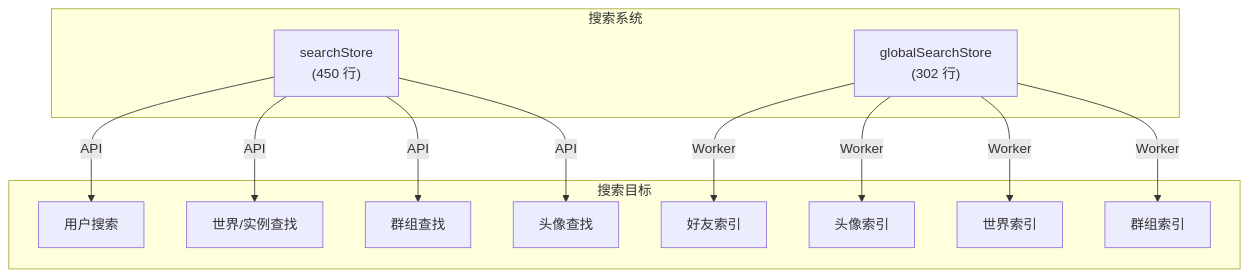
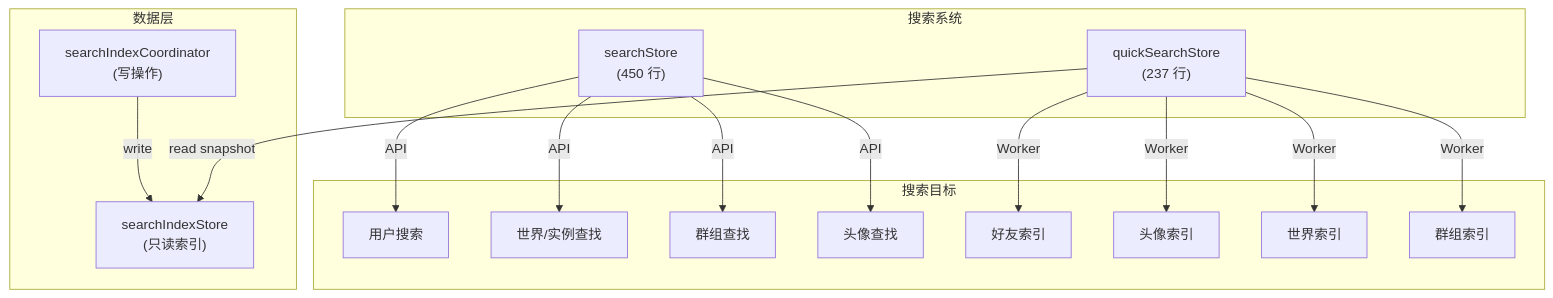
The first of 3 diagrams in zh/modules/search-system.md (Map1en/vrcx-docs), drawn with Mermaid before and after one commit. The commit also changed other lines of this file and 11 other files, not shown here.

Commit message:
update quick search

````diff
--- a/zh/modules/search-system.md
+++ b/zh/modules/search-system.md
@@ -7,18 +7,26 @@
 ```mermaid
 graph TB
     subgraph "搜索系统"
         SearchStore["searchStore<br/>(450 行)"]
-        GlobalSearch["globalSearchStore<br/>(302 行)"]
+        QuickSearch["quickSearchStore<br/>(237 行)"]
+    end
+
+    subgraph "数据层"
+        SearchIndex["searchIndexStore<br/>(只读索引)"]
+        Coordinator["searchIndexCoordinator<br/>(写操作)"]
     end
 
     subgraph "搜索目标"
         SearchStore -->|API| UserSearch["用户搜索"]
         SearchStore -->|API| WorldSearch["世界/实例查找"]
         SearchStore -->|API| GroupSearch["群组查找"]
         SearchStore -->|API| AvatarSearch["头像查找"]
-        GlobalSearch -->|Worker| Friends["好友索引"]
-        GlobalSearch -->|Worker| Avatars["头像索引"]
-        GlobalSearch -->|Worker| Worlds["世界索引"]
-        GlobalSearch -->|Worker| Groups["群组索引"]
+        QuickSearch -->|Worker| Friends["好友索引"]
+        QuickSearch -->|Worker| Avatars["头像索引"]
+        QuickSearch -->|Worker| Worlds["世界索引"]
+        QuickSearch -->|Worker| Groups["群组索引"]
     end
+
+    Coordinator -->|write| SearchIndex
+    QuickSearch -->|read snapshot| SearchIndex
 ```
````
